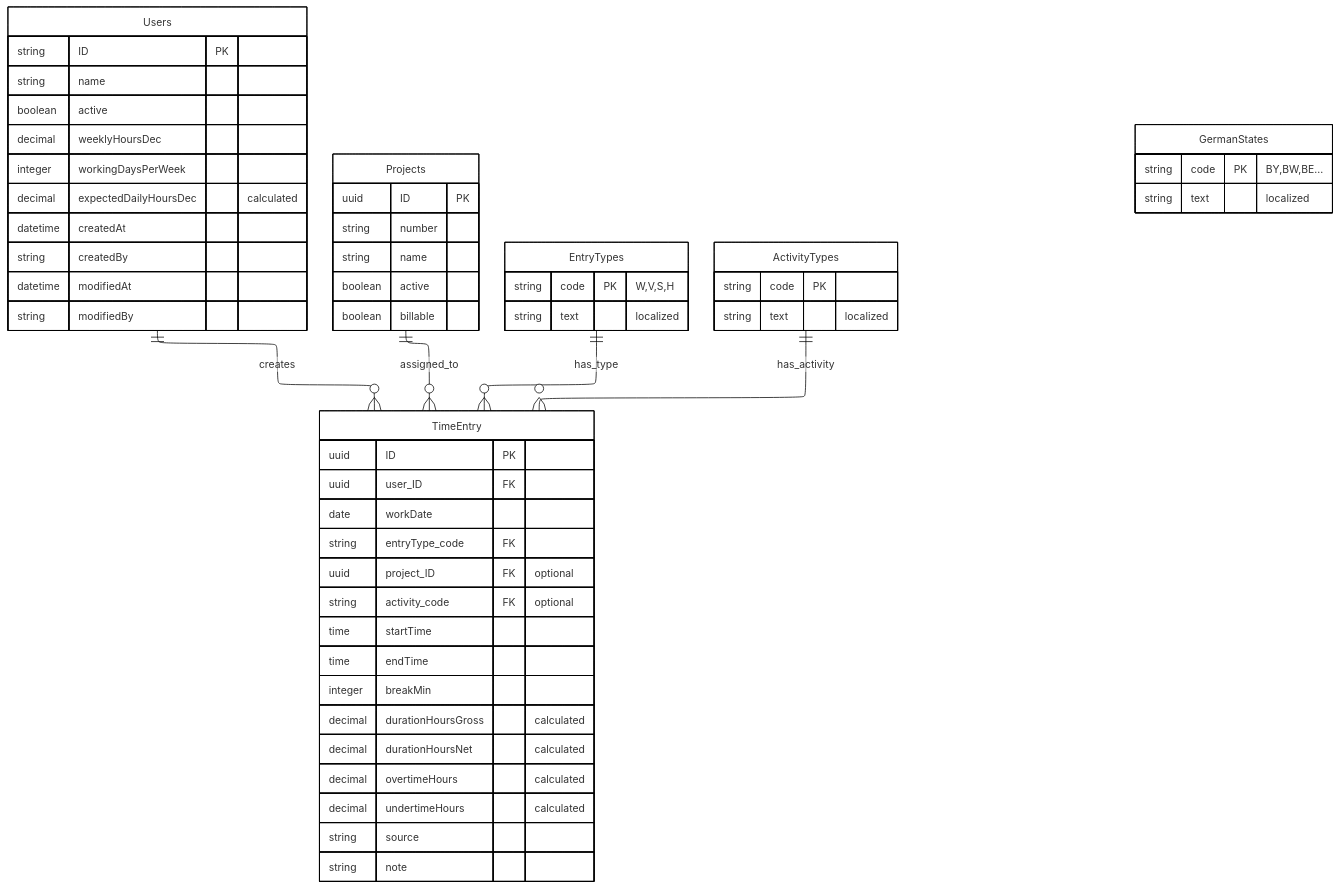
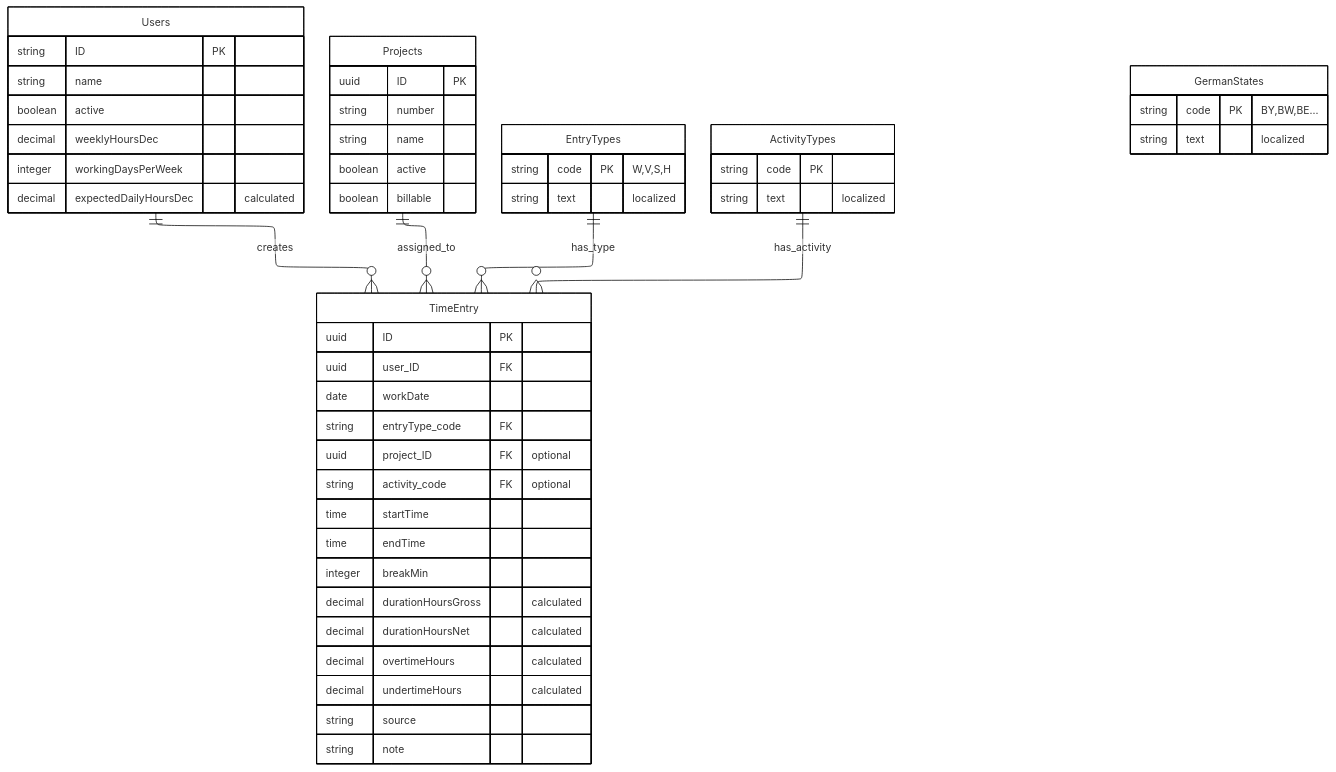
One commit to nimble-123/cap-fiori-timetracking changed the second of 5 diagrams in README.md. Above: the diagram before and after it, drawn with Mermaid.

Commit message:
fix: Entferne nicht benötigte Felder aus dem TimeEntry-Datenmodell

````diff
--- a/README.md
+++ b/README.md
@@ -212,69 +212,65 @@
 ```mermaid
 ---
 config:
   layout: elk
   elk:
     mergeEdges: false
     nodePlacementStrategy: LINEAR_SEGMENTS
   theme: neo
 ---
 erDiagram
     Users ||--o{ TimeEntry : creates
     Projects ||--o{ TimeEntry : assigned_to
     EntryTypes ||--o{ TimeEntry : has_type
     ActivityTypes ||--o{ TimeEntry : has_activity
 
     Users {
         string ID PK
         string name
         boolean active
         decimal weeklyHoursDec
         integer workingDaysPerWeek
         decimal expectedDailyHoursDec "calculated"
-        datetime createdAt
-        string createdBy
-        datetime modifiedAt
-        string modifiedBy
     }
 
     TimeEntry {
         uuid ID PK
         uuid user_ID FK
         date workDate
         string entryType_code FK
         uuid project_ID FK "optional"
         string activity_code FK "optional"
         time startTime
         time endTime
         integer breakMin
         decimal durationHoursGross "calculated"
         decimal durationHoursNet "calculated"
         decimal overtimeHours "calculated"
         decimal undertimeHours "calculated"
         string source
         string note
     }
 
     Projects {
         uuid ID PK
         string number
         string name
         boolean active
         boolean billable
     }
 
     EntryTypes {
         string code PK "W,V,S,H"
         string text "localized"
     }
 
     ActivityTypes {
         string code PK
         string text "localized"
     }
 
     GermanStates {
         string code PK "BY,BW,BE..."
         string text "localized"
     }
 ```
````
